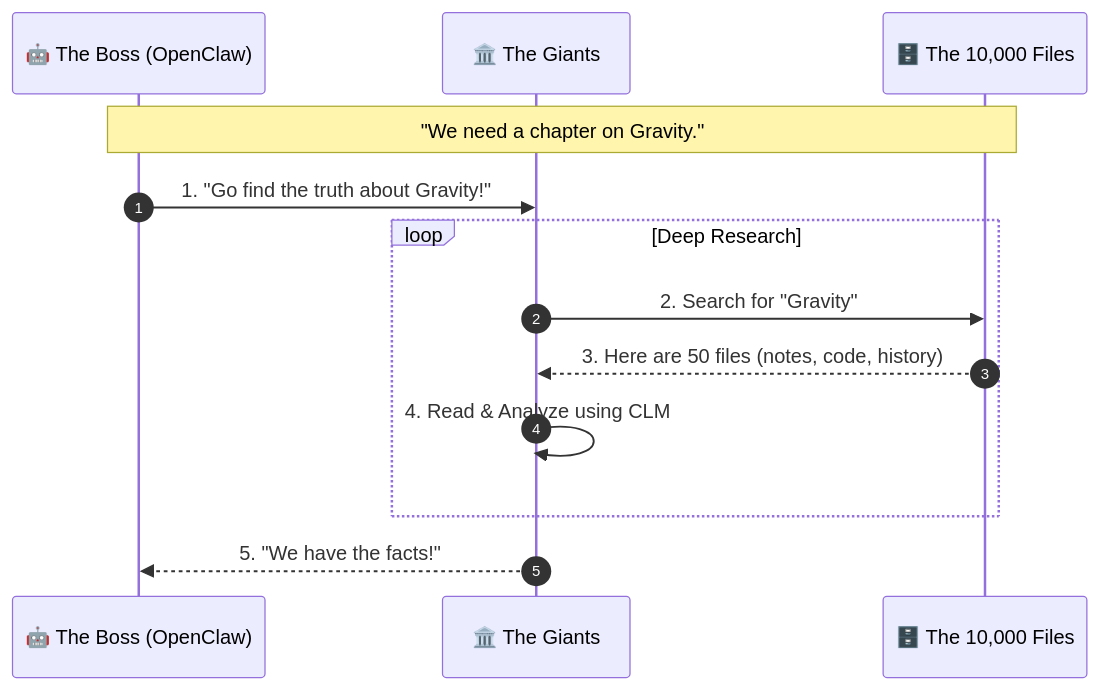
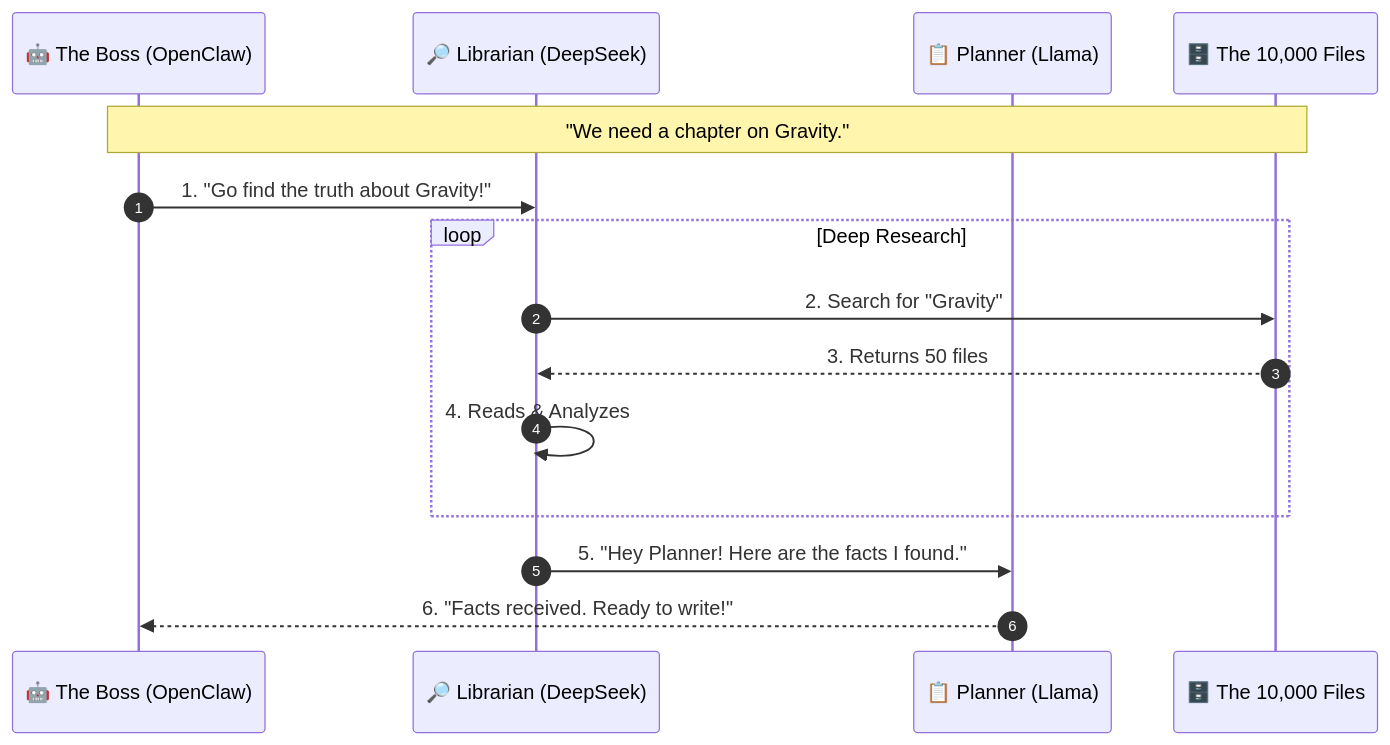
One commit to xlp0/PrologueOfSpacetime changed the first of 3 diagrams in docs/workflows/README.md. Above: the diagram before and after it, drawn with Mermaid. The commit also changed other lines of this file, not shown here.

Commit message:
Docs: Update Mermaid Diagrams to Show Agent Dialogue

````diff
--- a/docs/workflows/README.md
+++ b/docs/workflows/README.md
@@ -59,18 +59,20 @@
 ```mermaid
 sequenceDiagram
     autonumber
     participant Boss as 🤖 The Boss (OpenClaw)
-    participant Giants as 🏛️ The Giants
+    participant Lib as 🔎 Librarian (DeepSeek)
+    participant Plan as 📋 Planner (Llama)
     participant Archive as 🗄️ The 10,000 Files
 
     Note over Boss, Archive: "We need a chapter on Gravity."
-    Boss->>Giants: 1. "Go find the truth about Gravity!"
+    Boss->>Lib: 1. "Go find the truth about Gravity!"
     
     loop Deep Research
-        Giants->>Archive: 2. Search for "Gravity"
-        Archive-->>Giants: 3. Here are 50 files (notes, code, history)
-        Giants->>Giants: 4. Read & Analyze using CLM
+        Lib->>Archive: 2. Search for "Gravity"
+        Archive-->>Lib: 3. Returns 50 files
+        Lib->>Lib: 4. Reads & Analyzes
     end
     
-    Giants-->>Boss: 5. "We have the facts!"
+    Lib->>Plan: 5. "Hey Planner! Here are the facts I found."
+    Plan-->>Boss: 6. "Facts received. Ready to write!"
 ```
````
